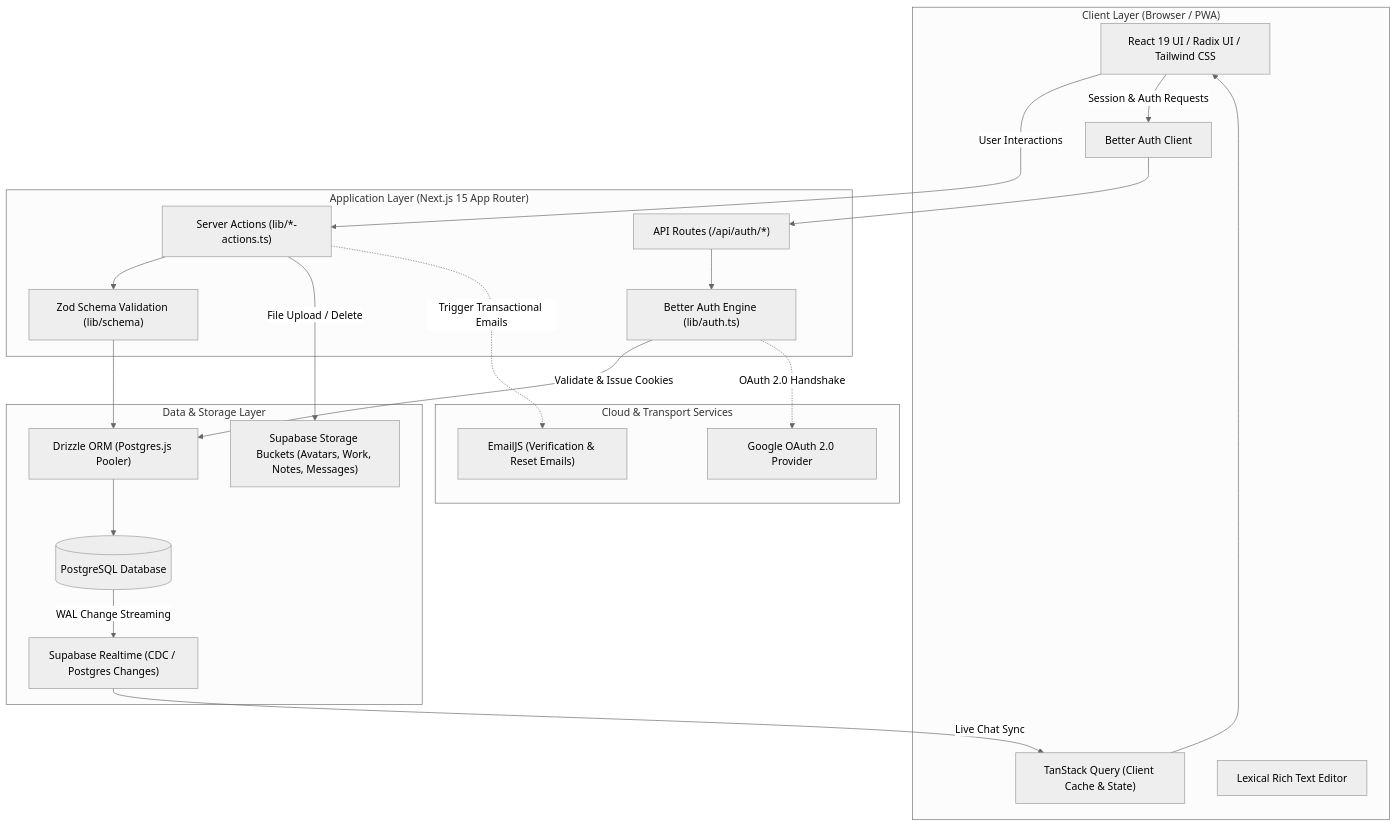
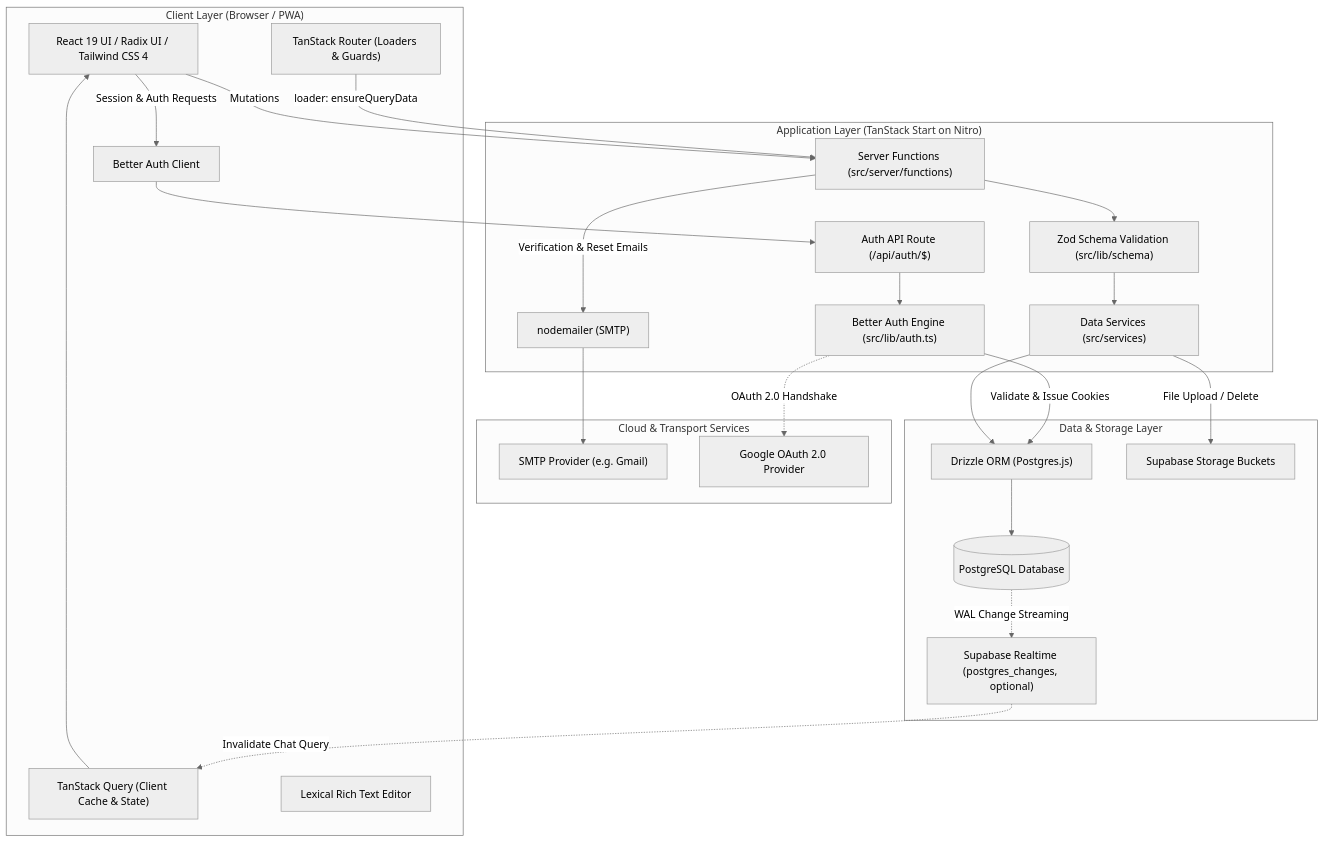
Before and after one commit to LuisCabantac/scholaflow: the diagram in README.md, drawn with Mermaid (neutral theme). The commit also changed other lines of this file and 1 other file, not shown here.

Commit message:
docs(readme): describe the TanStack Start stack, scripts, env and intentional differences

````diff
--- a/README.md
+++ b/README.md
@@ -46,43 +46,49 @@
 ```mermaid
 flowchart TD
     subgraph Client ["Client Layer (Browser / PWA)"]
-        UI["React 19 UI / Radix UI / Tailwind CSS"]
+        UI["React 19 UI / Radix UI / Tailwind CSS 4"]
         TQ["TanStack Query (Client Cache & State)"]
+        Router["TanStack Router (Loaders & Guards)"]
         Lex["Lexical Rich Text Editor"]
         AuthClient["Better Auth Client"]
     end
 
-    subgraph Server ["Application Layer (Next.js 15 App Router)"]
-        RouteHandlers["API Routes (/api/auth/*)"]
-        ServerActions["Server Actions (lib/*-actions.ts)"]
-        ZodValidation["Zod Schema Validation (lib/schema)"]
-        AuthEngine["Better Auth Engine (lib/auth.ts)"]
+    subgraph Server ["Application Layer (TanStack Start on Nitro)"]
+        AuthRoute["Auth API Route (/api/auth/$)"]
+        ServerFns["Server Functions (src/server/functions)"]
+        ZodValidation["Zod Schema Validation (src/lib/schema)"]
+        Services["Data Services (src/services)"]
+        AuthEngine["Better Auth Engine (src/lib/auth.ts)"]
+        Mailer["nodemailer (SMTP)"]
     end
 
     subgraph ExternalServices ["Cloud & Transport Services"]
-        EmailJS["EmailJS (Verification & Reset Emails)"]
+        SMTP["SMTP Provider (e.g. Gmail)"]
         GoogleOAuth["Google OAuth 2.0 Provider"]
     end
 
     subgraph DataLayer ["Data & Storage Layer"]
-        Drizzle["Drizzle ORM (Postgres.js Pooler)"]
+        Drizzle["Drizzle ORM (Postgres.js)"]
         Postgres[("PostgreSQL Database")]
-        SupaRealtime["Supabase Realtime (CDC / Postgres Changes)"]
-        SupaStorage["Supabase Storage Buckets (Avatars, Work, Notes, Messages)"]
+        SupaRealtime["Supabase Realtime (postgres_changes, optional)"]
+        SupaStorage["Supabase Storage Buckets"]
     end
 
-    UI -->|"User Interactions"| ServerActions
+    Router -->|"loader: ensureQueryData"| ServerFns
+    UI -->|"Mutations"| ServerFns
     UI -->|"Session & Auth Requests"| AuthClient
-    AuthClient --> RouteHandlers
-    RouteHandlers --> AuthEngine
+    AuthClient --> AuthRoute
+    AuthRoute --> AuthEngine
     AuthEngine -->|"Validate & Issue Cookies"| Drizzle
     AuthEngine -.->|"OAuth 2.0 Handshake"| GoogleOAuth
-    ServerActions --> ZodValidation
-    ZodValidation --> Drizzle
+    ServerFns --> ZodValidation
+    ZodValidation --> Services
+    Services --> Drizzle
     Drizzle --> Postgres
-    ServerActions -->|"File Upload / Delete"| SupaStorage
-    ServerActions -.->|"Trigger Transactional Emails"| EmailJS
-    Postgres -->|"WAL Change Streaming"| SupaRealtime
-    SupaRealtime -->|"Live Chat Sync"| TQ
+    Services -->|"File Upload / Delete"| SupaStorage
+    ServerFns -->|"Verification & Reset Emails"| Mailer
+    Mailer --> SMTP
+    Postgres -.->|"WAL Change Streaming"| SupaRealtime
+    SupaRealtime -.->|"Invalidate Chat Query"| TQ
     TQ --> UI
 ```
````
